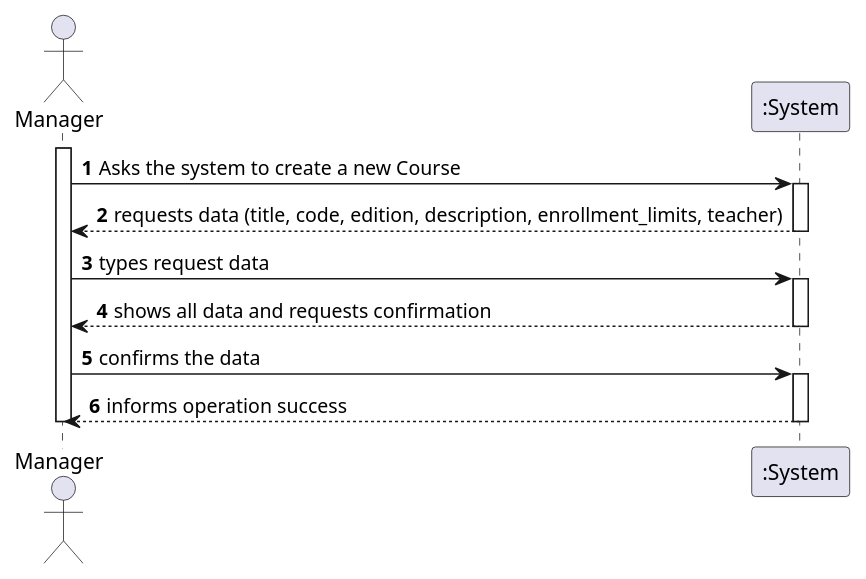
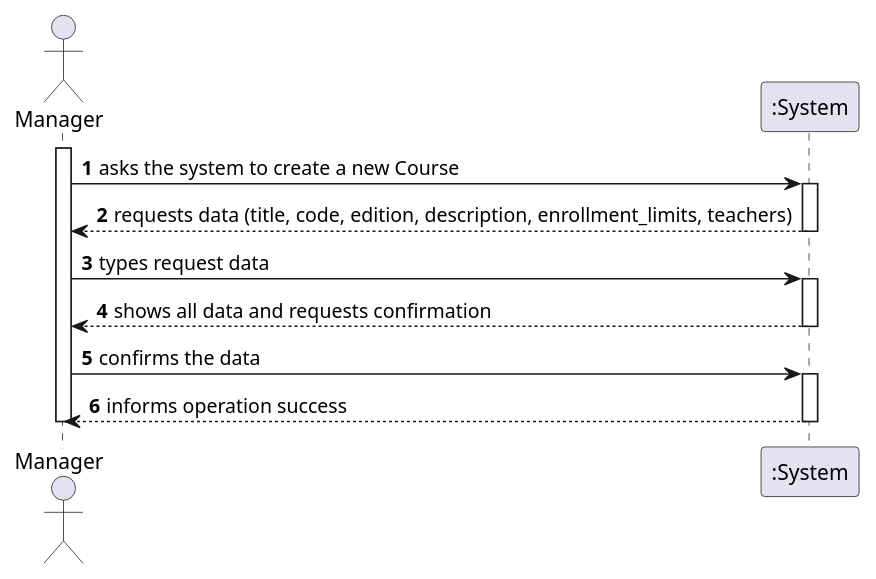
Before and after one commit to miseEnPlace-dev/lapr4: the diagram in docs/sprint-b/us08-1002/US1002_SSD.puml, drawn with PlantUML. The commit also changed 3 other files, not shown here.

```diff
--- a/docs/sprint-b/us08-1002/US1002_SSD.puml
+++ b/docs/sprint-b/us08-1002/US1002_SSD.puml
@@ -1,29 +1,29 @@
 @startuml US1002_SSD
 
 autonumber
 
 actor Manager as "Manager"
 
 activate Manager
 
-Manager -> ":System" : Asks the system to create a new Course
+Manager -> ":System" : asks the system to create a new Course
 activate ":System"
 
-":System" --> Manager : requests data (title, code, edition, description, enrollment_limits, teacher)
+":System" --> Manager : requests data (title, code, edition, description, enrollment_limits, teachers)
 deactivate ":System"
 
 Manager -> ":System" : types request data
 activate ":System"
 
 ":System" --> Manager : shows all data and requests confirmation
 deactivate ":System"
 
 Manager -> ":System" : confirms the data
 activate ":System"
 
 ":System" --> Manager : informs operation success
 deactivate ":System"
 
 deactivate Manager
 
 @enduml
```
